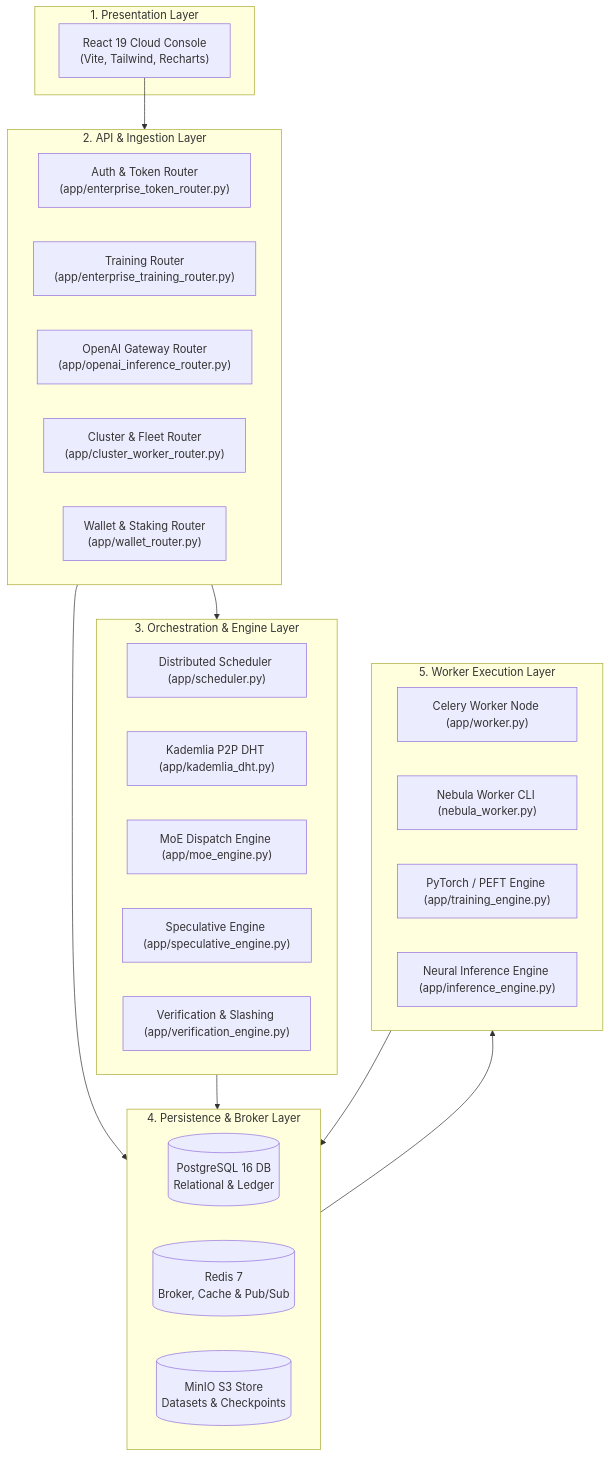
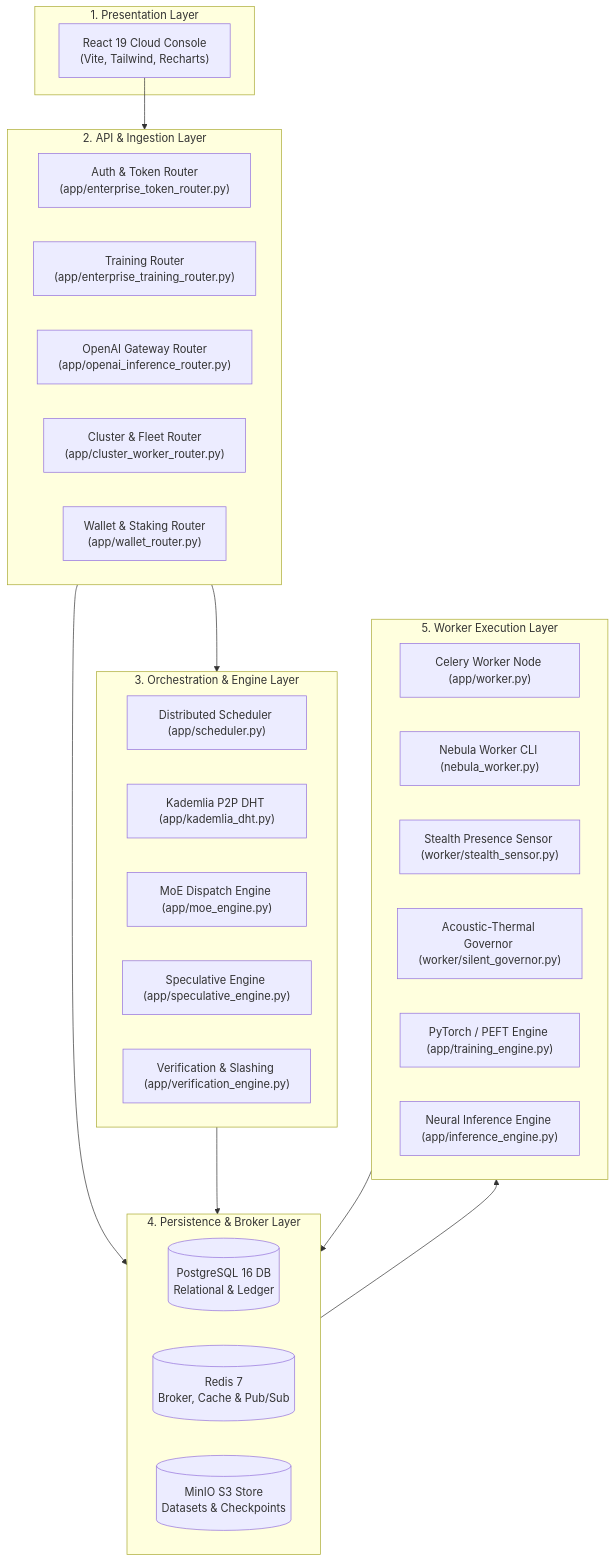
One commit to ohad-BN/Project-NetworkNebula changed the second of 5 diagrams in docs/long-term/architecture/SDD.md. Above: the diagram before and after it, drawn with Mermaid. The commit also changed other lines of this file and 52 other files, not shown here.

Commit message:
feat: Always Silent Worker Engine & Zero-Touch Remote Server Deployment

````diff
--- a/docs/long-term/architecture/SDD.md
+++ b/docs/long-term/architecture/SDD.md
@@ -64,42 +64,44 @@
 ```mermaid
 flowchart TD
     subgraph UI ["1. Presentation Layer"]
         Console["React 19 Cloud Console<br/>(Vite, Tailwind, Recharts)"]
     end
 
     subgraph API ["2. API & Ingestion Layer"]
         AuthRouter["Auth & Token Router<br/>(app/enterprise_token_router.py)"]
         TrainRouter["Training Router<br/>(app/enterprise_training_router.py)"]
         InferenceRouter["OpenAI Gateway Router<br/>(app/openai_inference_router.py)"]
         WorkerRouter["Cluster & Fleet Router<br/>(app/cluster_worker_router.py)"]
         WalletRouter["Wallet & Staking Router<br/>(app/wallet_router.py)"]
     end
 
     subgraph Core ["3. Orchestration & Engine Layer"]
         Scheduler["Distributed Scheduler (app/scheduler.py)"]
         DHT["Kademlia P2P DHT (app/kademlia_dht.py)"]
         MoE["MoE Dispatch Engine (app/moe_engine.py)"]
         Speculative["Speculative Engine (app/speculative_engine.py)"]
         Verification["Verification & Slashing (app/verification_engine.py)"]
     end
 
     subgraph StorageLayer ["4. Persistence & Broker Layer"]
         PG[("PostgreSQL 16 DB<br/>Relational & Ledger")]
         RedisStore[("Redis 7<br/>Broker, Cache & Pub/Sub")]
         MinIOS3[("MinIO S3 Store<br/>Datasets & Checkpoints")]
     end
 
     subgraph Execution ["5. Worker Execution Layer"]
         CeleryWorker["Celery Worker Node (app/worker.py)"]
         StandaloneAgent["Nebula Worker CLI (nebula_worker.py)"]
+        StealthSensor["Stealth Presence Sensor (worker/stealth_sensor.py)"]
+        SilentGovernor["Acoustic-Thermal Governor (worker/silent_governor.py)"]
         TorchEngine["PyTorch / PEFT Engine (app/training_engine.py)"]
         InferenceRuntime["Neural Inference Engine (app/inference_engine.py)"]
     end
 
     Console --> API
     API --> Core
     API --> StorageLayer
     Core --> StorageLayer
     StorageLayer --> Execution
     Execution --> StorageLayer
 ```
````
